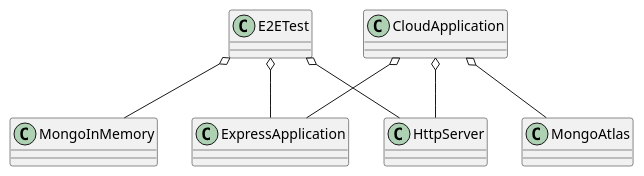
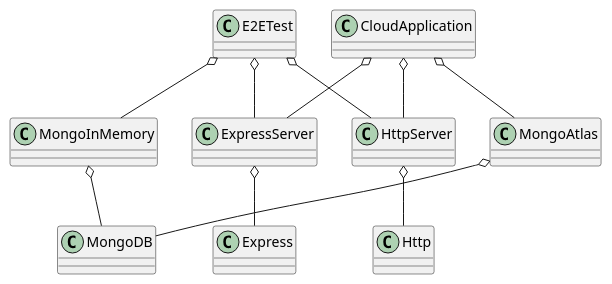
One commit to RodrigoMattosoSilveira/chess-tournament-swiss changed the diagram in documents/e2e/e2e.puml. Above: the diagram before and after it, drawn with PlantUML. The commit also changed 8 other files, not shown here.

```diff
--- a/documents/e2e/e2e.puml
+++ b/documents/e2e/e2e.puml
@@ -1,18 +1,27 @@
 @startuml
 'https://plantuml.com/class-diagram
 
 class CloudApplication
 class E2ETest
-class ExpressApplication
+class Express
+class ExpressServer
+class Http
 class HttpServer
+class MongoDB
 class MongoAtlas
 class MongoInMemory
 
-CloudApplication o-- ExpressApplication
+ExpressServer o-- Express
+HttpServer o-- Http
+
+MongoAtlas o-- MongoDB
+MongoInMemory o-- MongoDB
+
+CloudApplication o-- ExpressServer
 CloudApplication o-- HttpServer
 CloudApplication o-- MongoAtlas
 
-E2ETest o-- ExpressApplication
+E2ETest o-- ExpressServer
 E2ETest o-- HttpServer
 E2ETest o-- MongoInMemory
 @enduml
```
